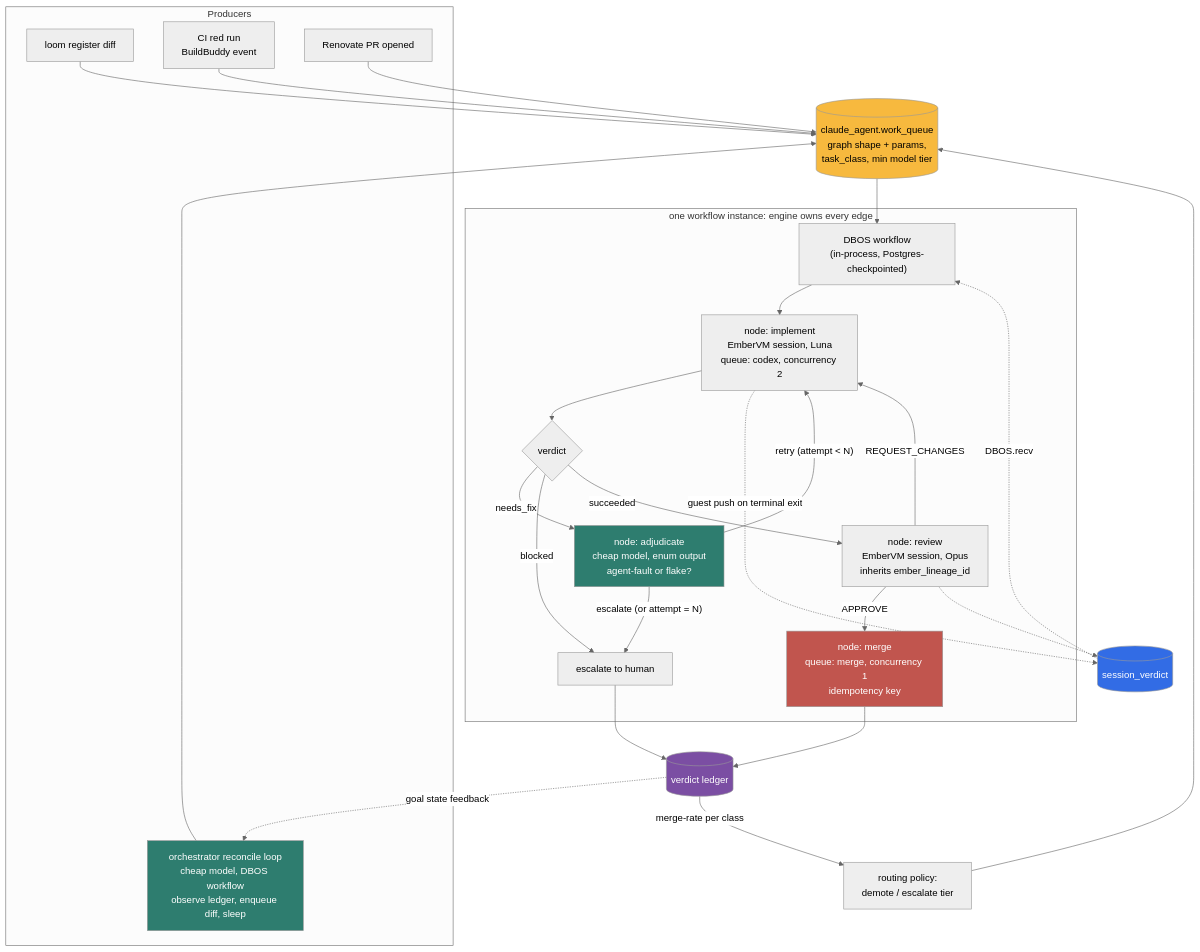
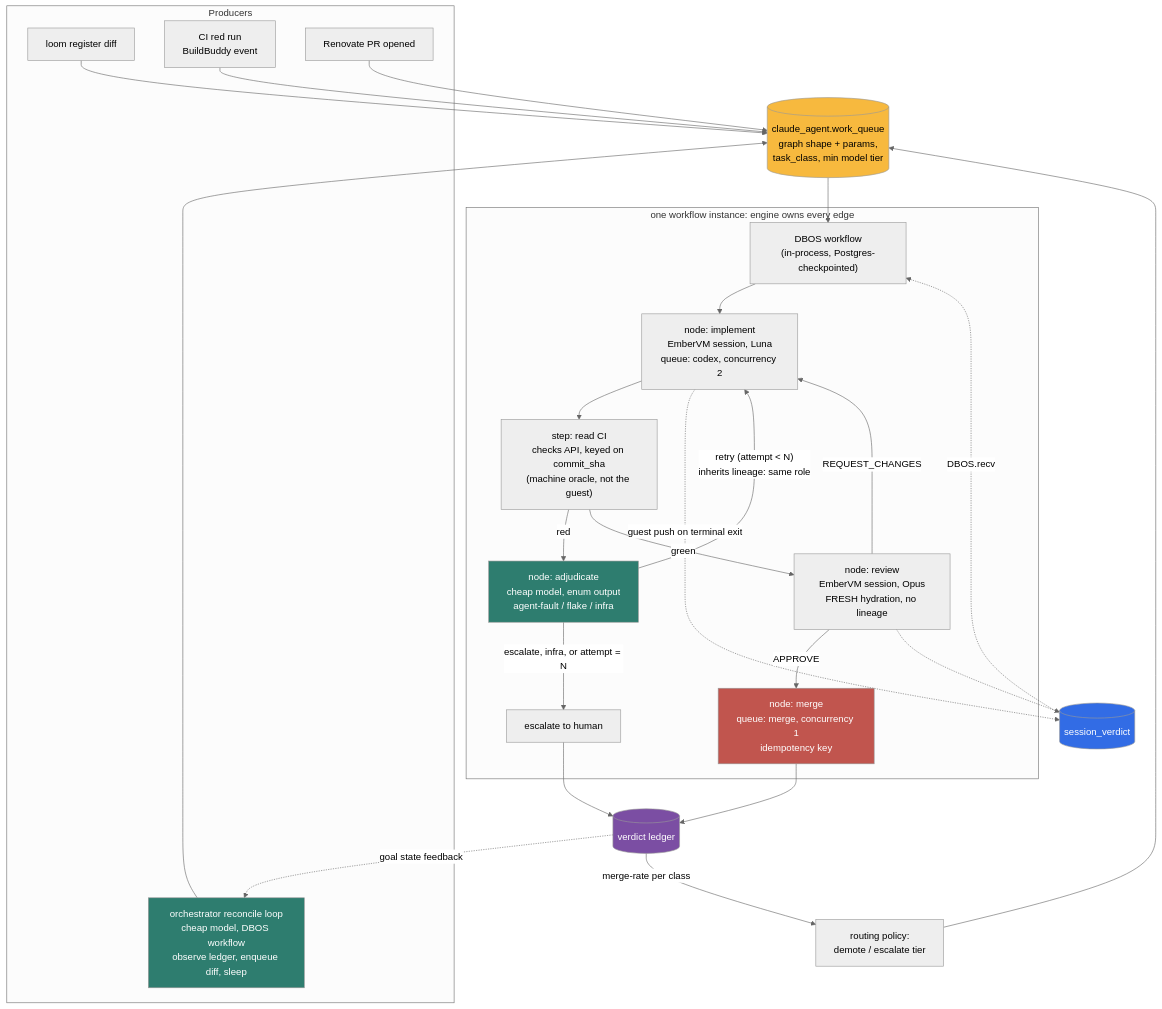
One commit to jomcgi-org/homelab changed the diagram in docs/decisions/agents/038-autonomous-work-queue-tiered-gating.md. Above: the diagram before and after it, drawn with Mermaid (neutral theme). The commit also changed other lines of this file and 3 other files, not shown here.

````diff
--- a/docs/decisions/agents/038-autonomous-work-queue-tiered-gating.md
+++ b/docs/decisions/agents/038-autonomous-work-queue-tiered-gating.md
@@ -262,42 +328,41 @@
 ```mermaid
 graph TB
     subgraph feeders["Producers"]
       F1[loom register diff]
       F2[CI red run<br/>BuildBuddy event]
       F3[Renovate PR opened]
       ORCH["orchestrator reconcile loop<br/>cheap model, DBOS workflow<br/>observe ledger, enqueue diff, sleep"]
     end
 
     F1 & F2 & F3 & ORCH --> Q[(claude_agent.work_queue<br/>graph shape + params,<br/>task_class, min model tier)]
 
     Q --> WF["DBOS workflow<br/>(in-process, Postgres-checkpointed)"]
 
     subgraph graph["one workflow instance: engine owns every edge"]
       WF --> IMPL["node: implement<br/>EmberVM session, Luna<br/>queue: codex, concurrency 2"]
-      IMPL --> V1{verdict}
-      V1 -->|needs_fix| ADJ["node: adjudicate<br/>cheap model, enum output<br/>agent-fault or flake?"]
-      ADJ -->|"retry (attempt < N)"| IMPL
-      ADJ -->|"escalate (or attempt = N)"| ESC[escalate to human]
-      V1 -->|blocked| ESC
-      V1 -->|succeeded| REV["node: review<br/>EmberVM session, Opus<br/>inherits ember_lineage_id"]
+      IMPL --> CI["step: read CI<br/>checks API, keyed on commit_sha<br/>(machine oracle, not the guest)"]
+      CI -->|red| ADJ["node: adjudicate<br/>cheap model, enum output<br/>agent-fault / flake / infra"]
+      ADJ -->|"retry (attempt < N)<br/>inherits lineage: same role"| IMPL
+      ADJ -->|"escalate, infra, or attempt = N"| ESC[escalate to human]
+      CI -->|green| REV["node: review<br/>EmberVM session, Opus<br/>FRESH hydration, no lineage"]
       REV -->|APPROVE| MERGE["node: merge<br/>queue: merge, concurrency 1<br/>idempotency key"]
       REV -->|REQUEST_CHANGES| IMPL
     end
 
     IMPL -.->|guest push on terminal exit| VD[(session_verdict)]
     REV -.-> VD
     VD -.->|DBOS.recv| WF
 
     MERGE --> L[(verdict ledger)]
     ESC --> L
     L -->|merge-rate per class| POL[routing policy:<br/>demote / escalate tier]
     POL --> Q
     L -.->|goal state feedback| ORCH
 
     style Q fill:#F7B93E,color:#000
     style VD fill:#326CE5,color:#fff
     style L fill:#7B4EA3,color:#fff
     style MERGE fill:#C1554E,color:#fff
     style ORCH fill:#2E7D6F,color:#fff
     style ADJ fill:#2E7D6F,color:#fff
 ```
````
